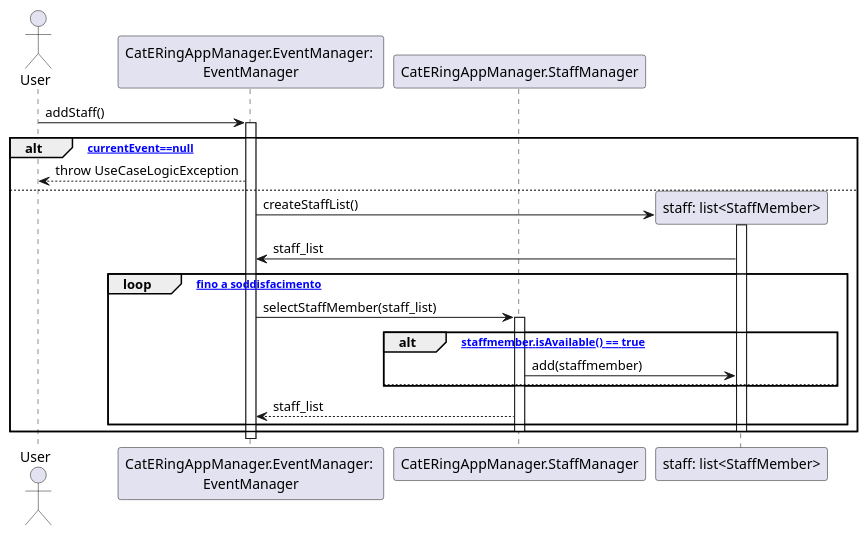
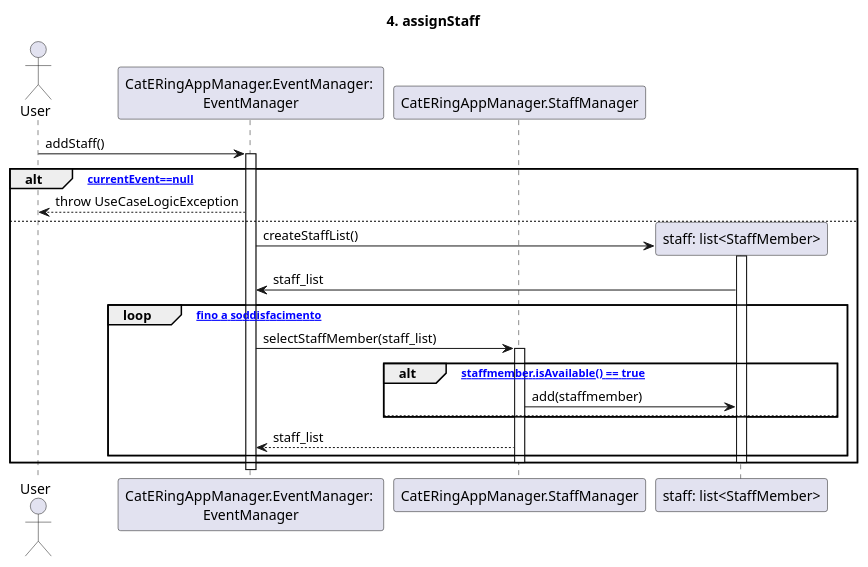
One commit to m0canu1/sas changed the diagram in dsd/dsd-eventi/scenarioPrincipale/4-assignStaff.md. Above: the diagram before and after it, drawn with PlantUML. The commit also changed 13 other files, not shown here.

````diff
--- a/dsd/dsd-eventi/scenarioPrincipale/4-assignStaff.md
+++ b/dsd/dsd-eventi/scenarioPrincipale/4-assignStaff.md
@@ -1,34 +1,37 @@
 ```plantuml
+
+title: 4. assignStaff
+
 Actor User
 Participant "CatERingAppManager.EventManager: \nEventManager" as EM
 Participant "CatERingAppManager.StaffManager" as SM
 
 User -> EM: addStaff()
 Activate EM
 
 alt [currentEvent==null]
     EM --> User: throw UseCaseLogicException
 else
     Create "staff: list<StaffMember>"
     EM -> "staff: list<StaffMember>": createStaffList()
     Activate "staff: list<StaffMember>"
     "staff: list<StaffMember>" -> EM: staff_list
     
     loop ["fino a soddisfacimento"]
         EM -> SM: selectStaffMember(staff_list)
         Activate SM
         
         alt ["staffmember.isAvailable() == true"]
             SM -> "staff: list<StaffMember>": add(staffmember)
         else 
         end
         SM --> EM: staff_list
     end    
     Deactivate "staff: list<StaffMember>"
     Deactivate SM
 end
 Deactivate EM
 
 
 
 ```
````
